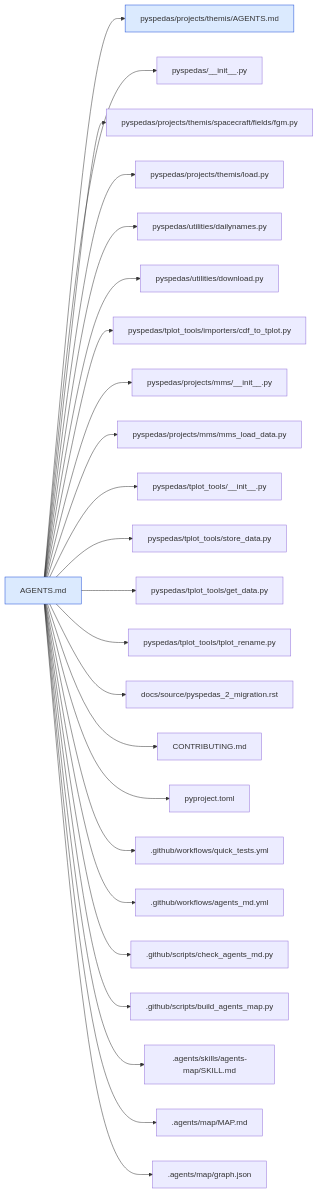
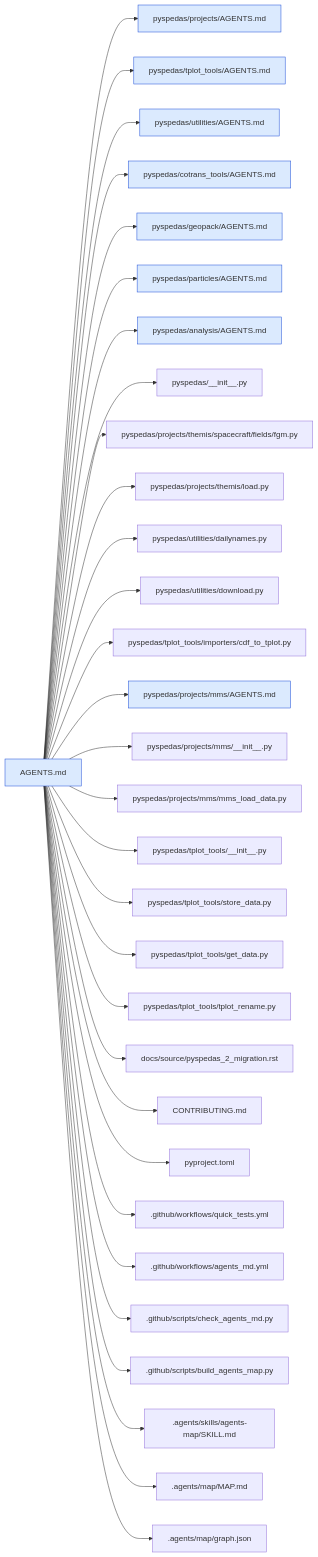
The second of 42 diagrams in .agents/map/MAP.md (spedas/pyspedas), drawn with Mermaid before and after one commit. The commit also changed other lines of this file and 1 other file, not shown here.

First line of the commit message:
Rebuild the AGENTS.md map for all 41 AGENTS.md files

````diff
--- a/.agents/map/MAP.md
+++ b/.agents/map/MAP.md
@@ -33,29 +184,36 @@
 ```mermaid
 graph LR
   classDef agents fill:#dbeafe,stroke:#1d4ed8
   classDef missing fill:#fee2e2,stroke:#b91c1c,stroke-dasharray:4
   self["AGENTS.md"]:::agents
-  self --> r0["pyspedas/projects/themis/AGENTS.md"]:::agents
-  self --> r1["pyspedas/__init__.py"]
-  self --> r2["pyspedas/projects/themis/spacecraft/fields/fgm.py"]
-  self --> r3["pyspedas/projects/themis/load.py"]
-  self --> r4["pyspedas/utilities/dailynames.py"]
-  self --> r5["pyspedas/utilities/download.py"]
-  self --> r6["pyspedas/tplot_tools/importers/cdf_to_tplot.py"]
-  self --> r7["pyspedas/projects/mms/__init__.py"]
-  self --> r8["pyspedas/projects/mms/mms_load_data.py"]
-  self --> r9["pyspedas/tplot_tools/__init__.py"]
-  self --> r10["pyspedas/tplot_tools/store_data.py"]
-  self --> r11["pyspedas/tplot_tools/get_data.py"]
-  self --> r12["pyspedas/tplot_tools/tplot_rename.py"]
-  self --> r13["docs/source/pyspedas_2_migration.rst"]
-  self --> r14["CONTRIBUTING.md"]
-  self --> r15["pyproject.toml"]
-  self --> r16[".github/workflows/quick_tests.yml"]
-  self --> r17[".github/workflows/agents_md.yml"]
-  self --> r18[".github/scripts/check_agents_md.py"]
-  self --> r19[".github/scripts/build_agents_map.py"]
-  self --> r20[".agents/skills/agents-map/SKILL.md"]
-  self --> r21[".agents/map/MAP.md"]
-  self --> r22[".agents/map/graph.json"]
+  self --> r0["pyspedas/projects/AGENTS.md"]:::agents
+  self --> r1["pyspedas/tplot_tools/AGENTS.md"]:::agents
+  self --> r2["pyspedas/utilities/AGENTS.md"]:::agents
+  self --> r3["pyspedas/cotrans_tools/AGENTS.md"]:::agents
+  self --> r4["pyspedas/geopack/AGENTS.md"]:::agents
+  self --> r5["pyspedas/particles/AGENTS.md"]:::agents
+  self --> r6["pyspedas/analysis/AGENTS.md"]:::agents
+  self --> r7["pyspedas/__init__.py"]
+  self --> r8["pyspedas/projects/themis/spacecraft/fields/fgm.py"]
+  self --> r9["pyspedas/projects/themis/load.py"]
+  self --> r10["pyspedas/utilities/dailynames.py"]
+  self --> r11["pyspedas/utilities/download.py"]
+  self --> r12["pyspedas/tplot_tools/importers/cdf_to_tplot.py"]
+  self --> r13["pyspedas/projects/mms/AGENTS.md"]:::agents
+  self --> r14["pyspedas/projects/mms/__init__.py"]
+  self --> r15["pyspedas/projects/mms/mms_load_data.py"]
+  self --> r16["pyspedas/tplot_tools/__init__.py"]
+  self --> r17["pyspedas/tplot_tools/store_data.py"]
+  self --> r18["pyspedas/tplot_tools/get_data.py"]
+  self --> r19["pyspedas/tplot_tools/tplot_rename.py"]
+  self --> r20["docs/source/pyspedas_2_migration.rst"]
+  self --> r21["CONTRIBUTING.md"]
+  self --> r22["pyproject.toml"]
+  self --> r23[".github/workflows/quick_tests.yml"]
+  self --> r24[".github/workflows/agents_md.yml"]
+  self --> r25[".github/scripts/check_agents_md.py"]
+  self --> r26[".github/scripts/build_agents_map.py"]
+  self --> r27[".agents/skills/agents-map/SKILL.md"]
+  self --> r28[".agents/map/MAP.md"]
+  self --> r29[".agents/map/graph.json"]
 ```
````
